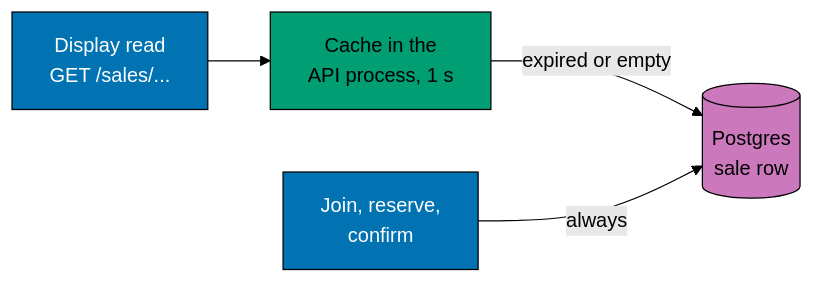
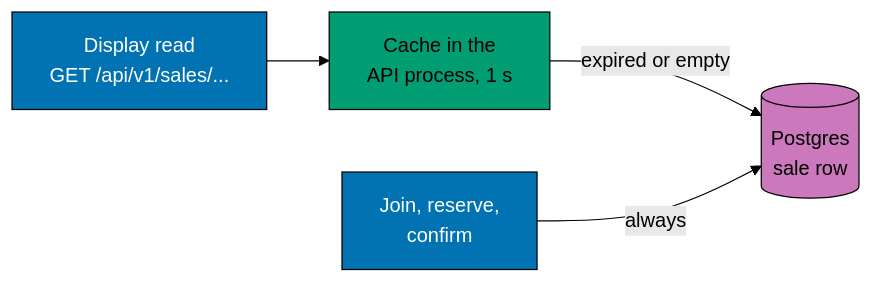
The diagram in docs/explanation/sale-read-cache.md (wahidyankf/coding-itv-js-flashsale), drawn with Mermaid (forest theme) before and after one commit. The commit also changed other lines of this file and 111 other files, not shown here.

````diff
--- a/docs/explanation/sale-read-cache.md
+++ b/docs/explanation/sale-read-cache.md
@@ -16,19 +16,19 @@
 ```mermaid
 flowchart LR
   accTitle: Which reads use the sale cache
   accDescr: A display read of the sale uses the cache in the API process. The row lives for one second, then the next read goes to Postgres. A decision to join, reserve or pay skips the cache and always reads Postgres.
-  display["Display read<br/>GET /sales/..."]
+  display["Display read<br/>GET /api/v1/sales/..."]
   cache["Cache in the<br/>API process, 1 s"]
   decision["Join, reserve,<br/>confirm"]
   postgres[("Postgres<br/>sale row")]
   display --> cache
   cache -->|expired or empty| postgres
   decision -->|always| postgres
   classDef step fill:#0173B2,stroke:#000000,color:#FFFFFF
   classDef gate fill:#029E73,stroke:#000000,color:#000000
   classDef store fill:#CC78BC,stroke:#000000,color:#000000
   classDef default fill:#808080,stroke:#000000,color:#000000
   class display,decision step
   class cache gate
   class postgres store
 ```
````
